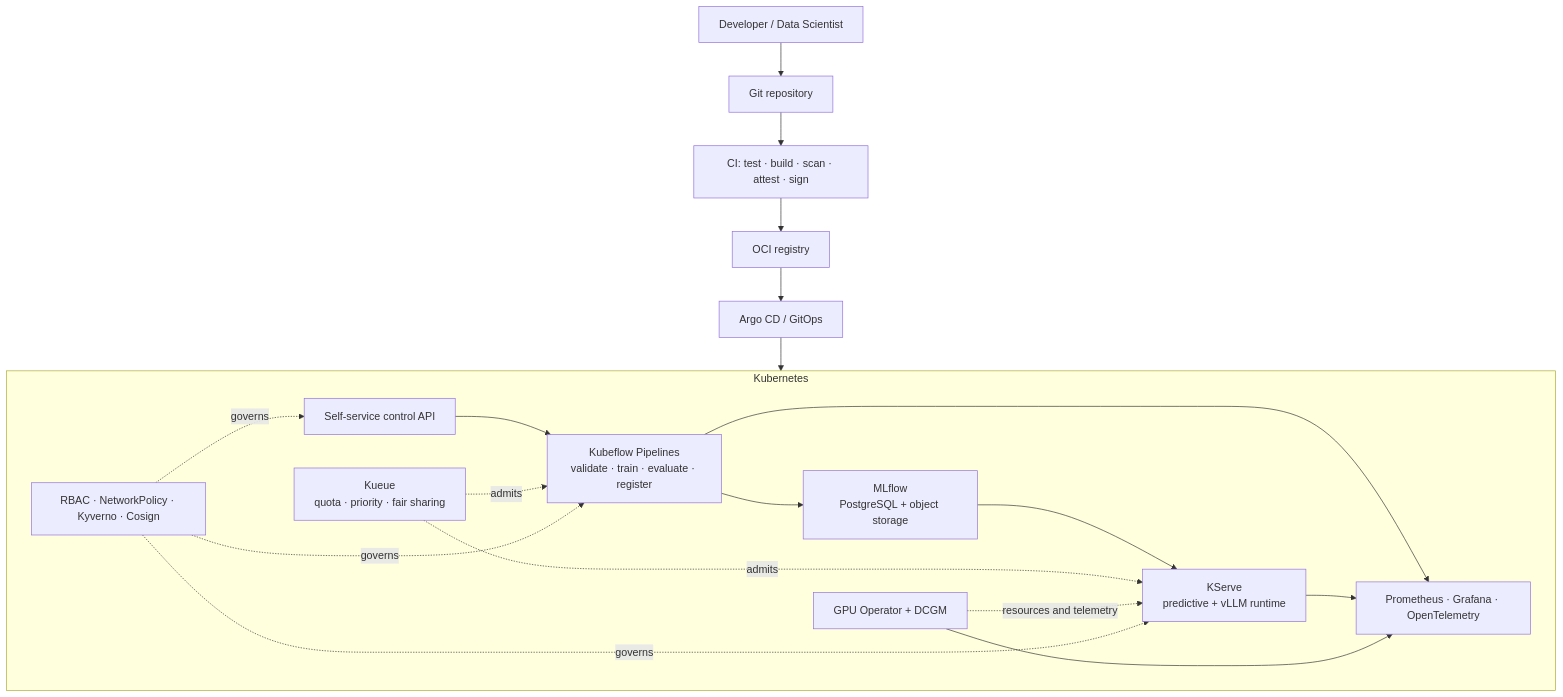
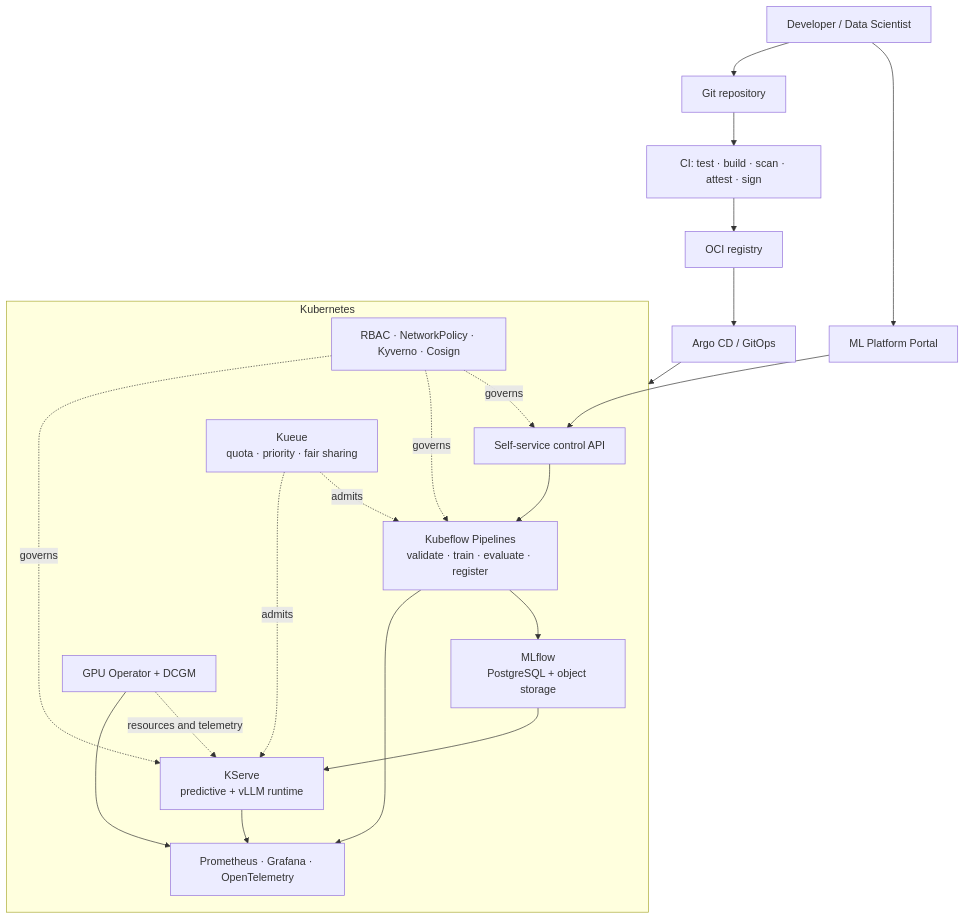
One commit to toby0622/ML-Platform-Blueprint changed the first of 2 diagrams in README.md. Above: the diagram before and after it, drawn with Mermaid. The commit also changed other lines of this file and 47 other files, not shown here.

Commit message:
feat: add ML platform portal dashboard

````diff
--- a/README.md
+++ b/README.md
@@ -40,32 +41,34 @@
 ```mermaid
 flowchart TB
-  User["Developer / Data Scientist"] --> Git["Git repository"]
+  User["Developer / Data Scientist"] --> Portal["ML Platform Portal"]
+  User --> Git["Git repository"]
+  Portal --> API
   Git --> CI["CI: test · build · scan · attest · sign"]
   CI --> Registry["OCI registry"]
   Registry --> Argo["Argo CD / GitOps"]
 
   subgraph K8s["Kubernetes"]
     API["Self-service control API"]
     KFP["Kubeflow Pipelines<br/>validate · train · evaluate · register"]
     MLflow["MLflow<br/>PostgreSQL + object storage"]
     KServe["KServe<br/>predictive + vLLM runtime"]
     Kueue["Kueue<br/>quota · priority · fair sharing"]
     GPU["GPU Operator + DCGM"]
     Observe["Prometheus · Grafana · OpenTelemetry"]
     Policy["RBAC · NetworkPolicy · Kyverno · Cosign"]
 
     API --> KFP
     KFP --> MLflow
     MLflow --> KServe
     Kueue -. admits .-> KFP
     Kueue -. admits .-> KServe
     GPU -. resources and telemetry .-> KServe
     KFP --> Observe
     KServe --> Observe
     GPU --> Observe
     Policy -. governs .-> API
     Policy -. governs .-> KFP
     Policy -. governs .-> KServe
   end
   Argo --> K8s
 ```
````
